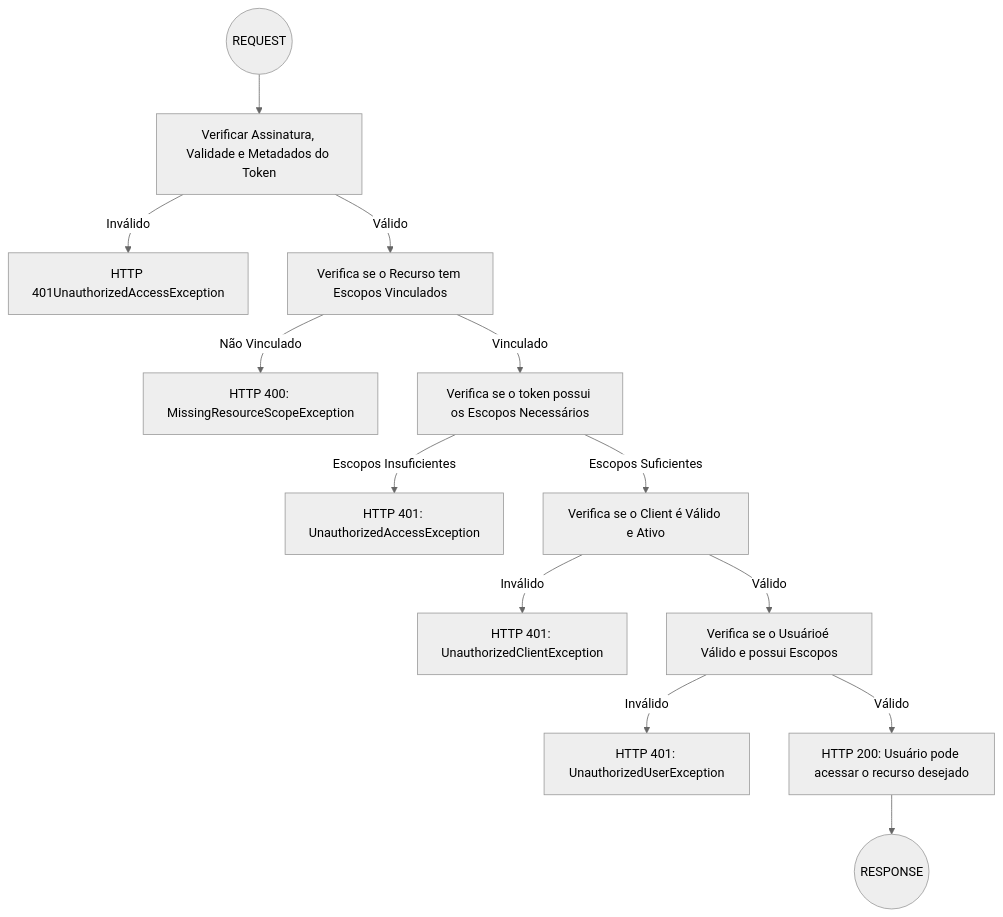
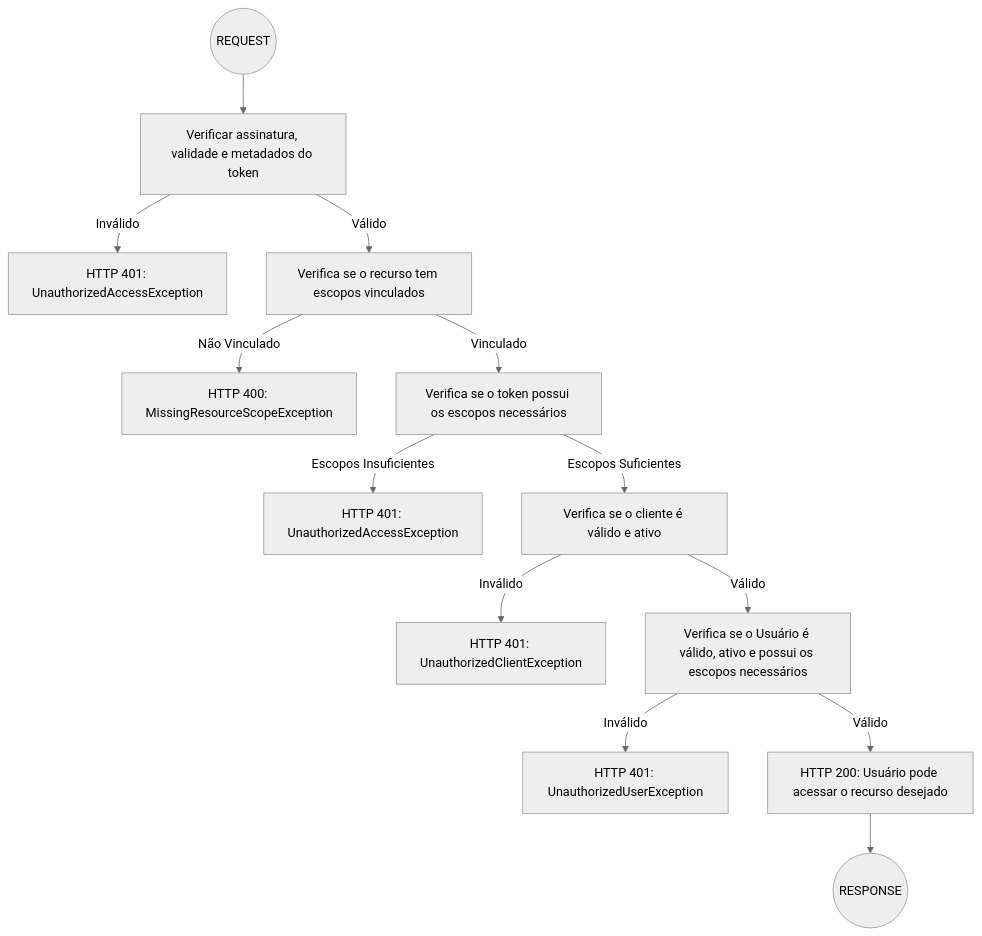
Before and after one commit to JotJunior/hf-shield: the second of 2 diagrams in README.md, drawn with Mermaid (neutral theme). The commit also changed other lines of this file and 1 other file, not shown here.

Commit message:
docs: ajustes na descrição do README e no fluxo do Mermaid
- Adicionada clareza e consistência à descrição da autenticação e autorização no README.
- Ajustados os textos do diagrama Mermaid para melhorar a legibilidade e corrigir incoerências de capitalização.

chore: alteração de campo na migração do Elasticsearch

- Renomeado o campo `tenant_id` para `tenant_identifier` para maior consistência.

````diff
--- a/README.md
+++ b/README.md
@@ -189,29 +189,29 @@
 ```mermaid
 flowchart TD
     start((REQUEST))
-    validateToken[Verificar Assinatura, Validade e Metadados do Token]
-    invalidToken[HTTP 401UnauthorizedAccessException]
-    checkResourceScopes[Verifica se o Recurso tem Escopos Vinculados]
+    validateToken[Verificar assinatura, validade e metadados do token]
+    invalidToken[HTTP 401: UnauthorizedAccessException]
+    checkResourceScopes[Verifica se o recurso tem escopos vinculados]
     missingResourceScope[HTTP 400: MissingResourceScopeException]
-    checkTokenScopes[Verifica se o token possui os Escopos Necessários]
+    checkTokenScopes[Verifica se o token possui os escopos necessários]
     unauthorizedToken[HTTP 401: UnauthorizedAccessException]
-    validateClient[Verifica se o Client é Válido e Ativo]
+    validateClient[Verifica se o cliente é válido e ativo]
     invalidClient[HTTP 401: UnauthorizedClientException]
-    validateUser[Verifica se o Usuárioé Válido e possui Escopos]
+    validateUser[Verifica se o Usuário é válido, ativo e possui os escopos necessários]
     unauthorizedUser[HTTP 401: UnauthorizedUserException]
     success[HTTP 200: Usuário pode acessar o recurso desejado]
     response((RESPONSE))
 %% Fluxo principal
     start --> validateToken
     validateToken -->|Válido| checkResourceScopes
     validateToken -->|Inválido| invalidToken
     checkResourceScopes -->|Vinculado| checkTokenScopes
     checkResourceScopes -->|Não Vinculado| missingResourceScope
     checkTokenScopes -->|Escopos Suficientes| validateClient
     checkTokenScopes -->|Escopos Insuficientes| unauthorizedToken
     validateClient -->|Válido| validateUser
     validateClient -->|Inválido| invalidClient
     validateUser -->|Inválido| unauthorizedUser
     validateUser -->|Válido| success
     success --> response
 ```
````
